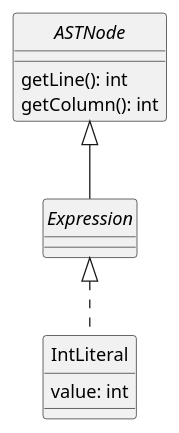
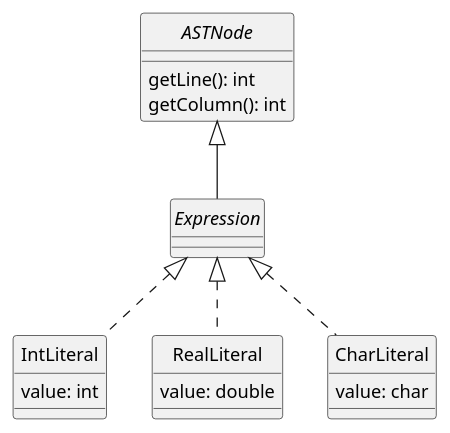
Before and after one commit to uo271288/dlp-compiler: the diagram in docs/diagrams/expressions.plantuml, drawn with PlantUML. The commit also changed 7 other files, not shown here.

Commit message:
Program and Statement Diagram modified I have found what I think is an error in Program Diagram and fixed it. Also finished Statement Diagram

```diff
--- a/docs/diagrams/expressions.plantuml
+++ b/docs/diagrams/expressions.plantuml
@@ -1,20 +1,31 @@
 @startuml Expressions
 skinparam style strictuml
 skinparam monochrome true
 
 
 interface ASTNode {
     getLine(): int
     getColumn(): int
 }
 
 interface Expression
 
 class IntLiteral {
     value: int
 }
 
+class RealLiteral {
+    value: double
+}
+
+class CharLiteral {
+    value: char
+}
+
 ASTNode <|-- Expression
 Expression <|.. IntLiteral
+Expression <|.. RealLiteral
+Expression <|.. CharLiteral
+
 
 @enduml
```
